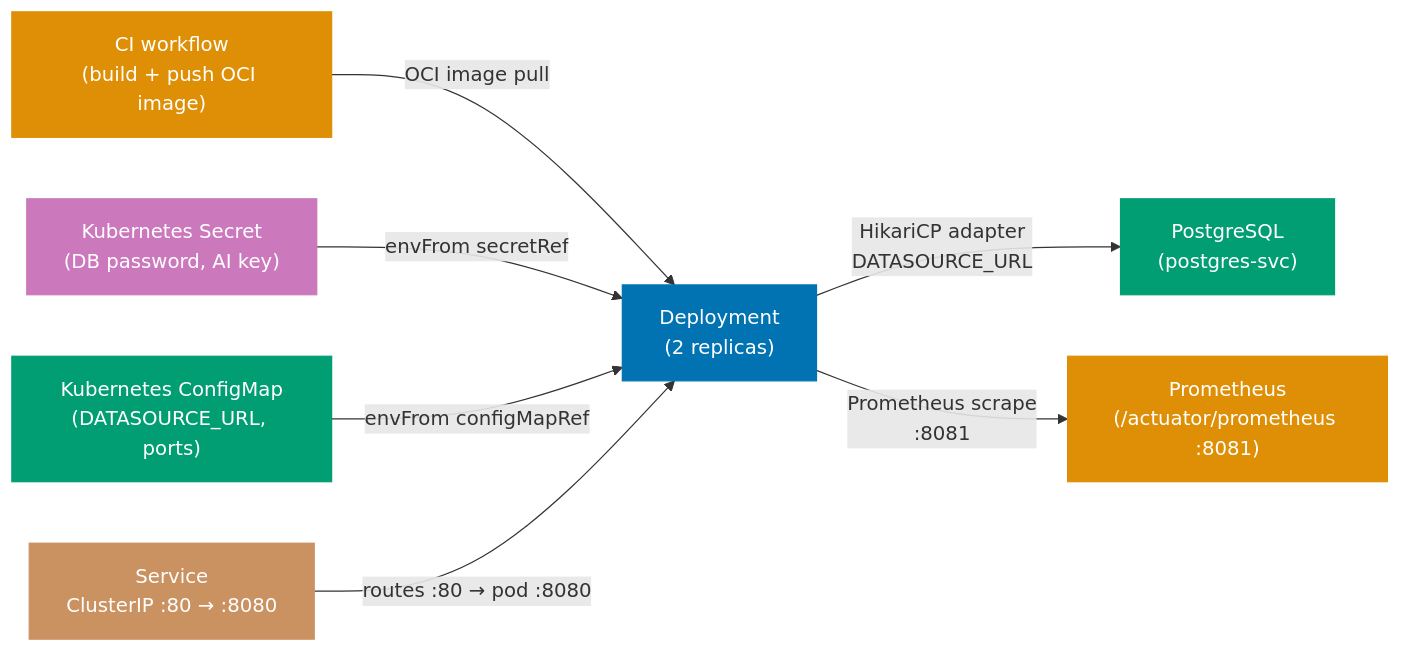
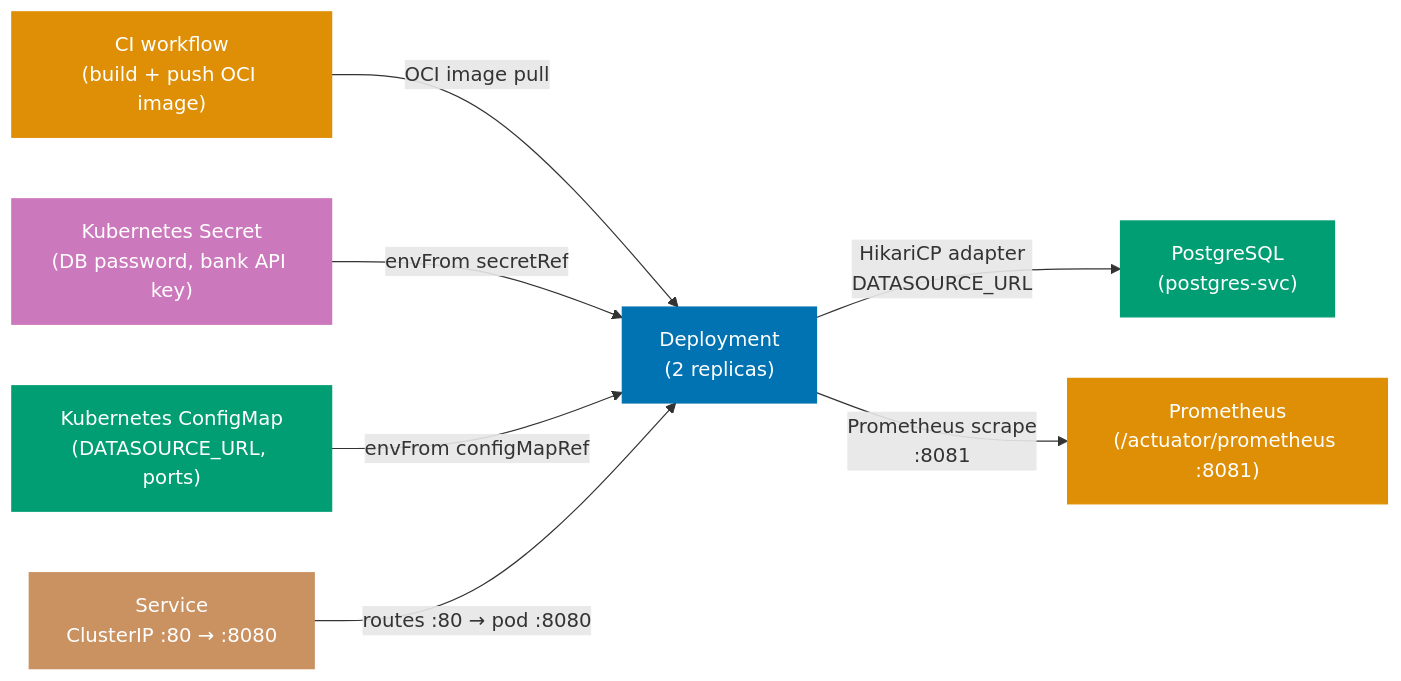
One commit to wahidyankf/open-sharia-enterprise changed the first of 3 diagrams in apps/ayokoding-web/content/en/learn/software-engineering/architecture/ddd-hexagonal-in-practice/oop-in-the-field/production.md. Above: the diagram before and after it, drawn with Mermaid. The commit also changed other lines of this file and 38 other files, not shown here.

First line of the commit message:
docs(ayokoding-web): unify architecture tutorials on shared P2P domain

````diff
--- a/apps/ayokoding-web/content/en/learn/software-engineering/architecture/ddd-hexagonal-in-practice/oop-in-the-field/production.md
+++ b/apps/ayokoding-web/content/en/learn/software-engineering/architecture/ddd-hexagonal-in-practice/oop-in-the-field/production.md
@@ -254,23 +203,23 @@
 ```mermaid
 flowchart LR
     ci["CI workflow\n(build + push OCI image)"]:::orange
-    secret["Kubernetes Secret\n(DB password, AI key)"]:::purple
+    secret["Kubernetes Secret\n(DB password, bank API key)"]:::purple
     cm["Kubernetes ConfigMap\n(DATASOURCE_URL, ports)"]:::teal
     dep["Deployment\n(2 replicas)"]:::blue
     svc["Service\nClusterIP :80 → :8080"]:::brown
     pg["PostgreSQL\n(postgres-svc)"]:::teal
     prom["Prometheus\n(/actuator/prometheus :8081)"]:::orange
 
     ci -->|"OCI image pull"| dep
     secret -->|"envFrom secretRef"| dep
     cm -->|"envFrom configMapRef"| dep
     dep -->|"HikariCP adapter\nDATASOURCE_URL"| pg
     dep -->|"Prometheus scrape\n:8081"| prom
     svc -->|"routes :80 → pod :8080"| dep
 
     classDef orange fill:#DE8F05,color:#fff,stroke:#DE8F05
     classDef purple fill:#CC78BC,color:#fff,stroke:#CC78BC
     classDef teal fill:#029E73,color:#fff,stroke:#029E73
     classDef blue fill:#0173B2,color:#fff,stroke:#0173B2
     classDef brown fill:#CA9161,color:#fff,stroke:#CA9161
 ```
````
